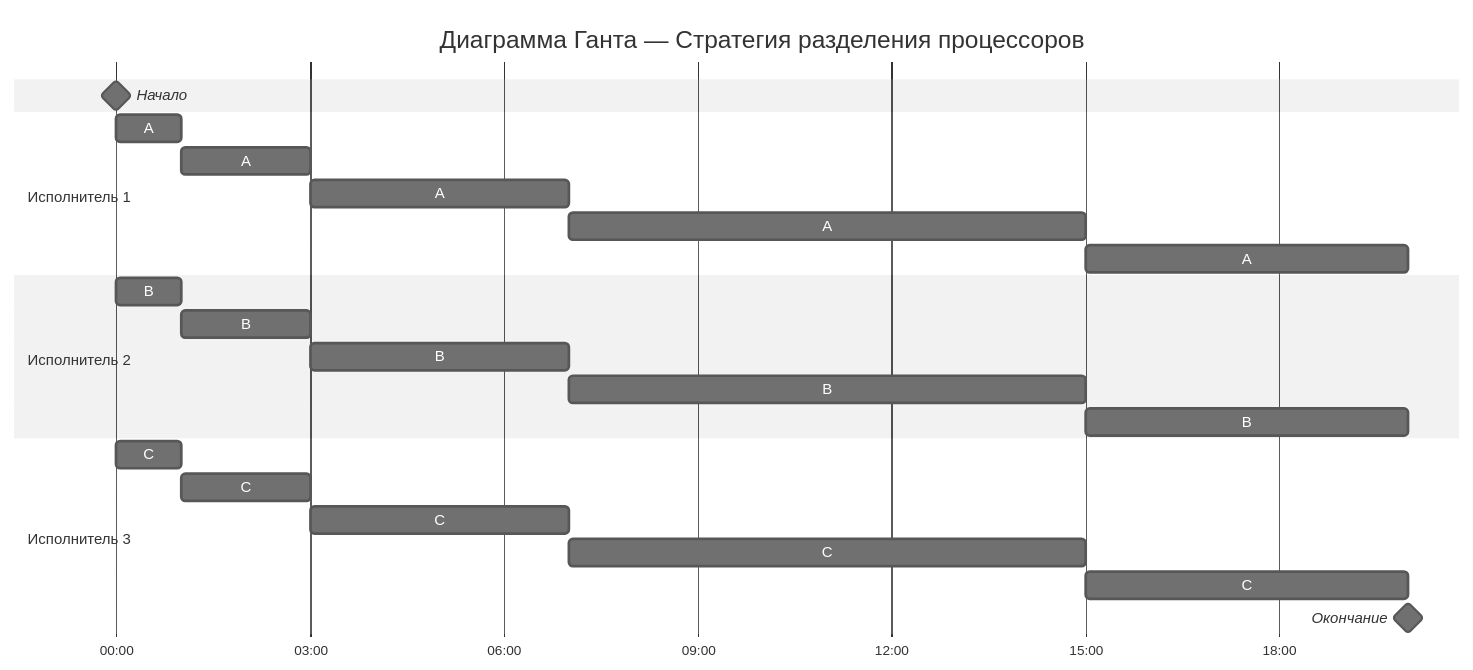
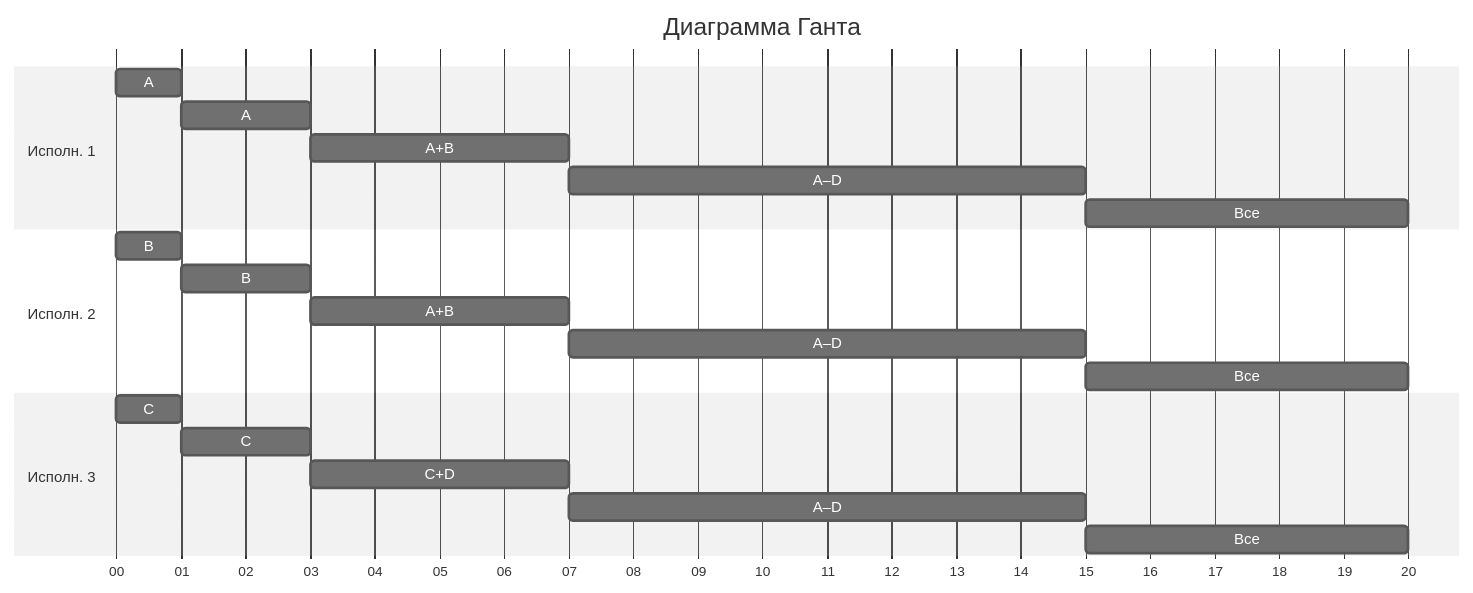
Before and after one commit to algos-ris-24-4/manual-tasks: the diagram in Задание 5/algosiki.md, drawn with Mermaid (neutral theme).

Commit message:
Доработанное решение

````diff
--- a/Задание 5/algosiki.md
+++ b/Задание 5/algosiki.md
@@ -153,26 +153,28 @@
 ```mermaid
 gantt
-    title Диаграмма Ганта — Стратегия разделения процессоров
-    dateFormat DD HH:mm    
-    axisFormat %H:%M
-    Начало : milestone, m1, 01 00:00, 0h
-    section Исполнитель 1
-    A : a1, 01 00:00, 1h
-    A : a2, after a1, 2h
-    A : a3, after a2, 4h
-    A : a4, after a3, 8h
-    A : a5, after a4, 5h
-    section Исполнитель 2
-    B : b1, 01 00:00, 1h
-    B : b2, after b1, 2h
-    B : b3, after b2, 4h
-    B : b4, after b3, 8h
-    B : b5, after b4, 5h
-    section Исполнитель 3
-    C : c1, 01 00:00, 1h
-    C : c2, after c1, 2h
-    C : c3, after c2, 4h
-    C : c4, after c3, 8h
-    C : c5, after c4, 5h
-    Окончание : milestone, m2, 01 20:00, 0h
+    title Диаграмма Ганта
+    dateFormat mm
+    axisFormat %M
+    tickInterval 1minute
+
+    section Исполн. 1
+    A : a11, 0, 1m
+    A : a12, after a11, 2m
+    A+B : a13, after a12, 4m
+    A–D : a14, after a13, 8m
+    Все : a15, after a14, 5m
+
+    section Исполн. 2
+    B : b21, 0, 1m
+    B : b22, after b21, 2m
+    A+B : b23, after b22, 4m
+    A–D : b24, after b23, 8m
+    Все : b25, after b24, 5m
+
+    section Исполн. 3
+    C : c31, 0, 1m
+    C : c32, after c31, 2m
+    C+D : c33, after c32, 4m
+    A–D : c34, after c33, 8m
+    Все : c35, after c34, 5m
 ```
````
